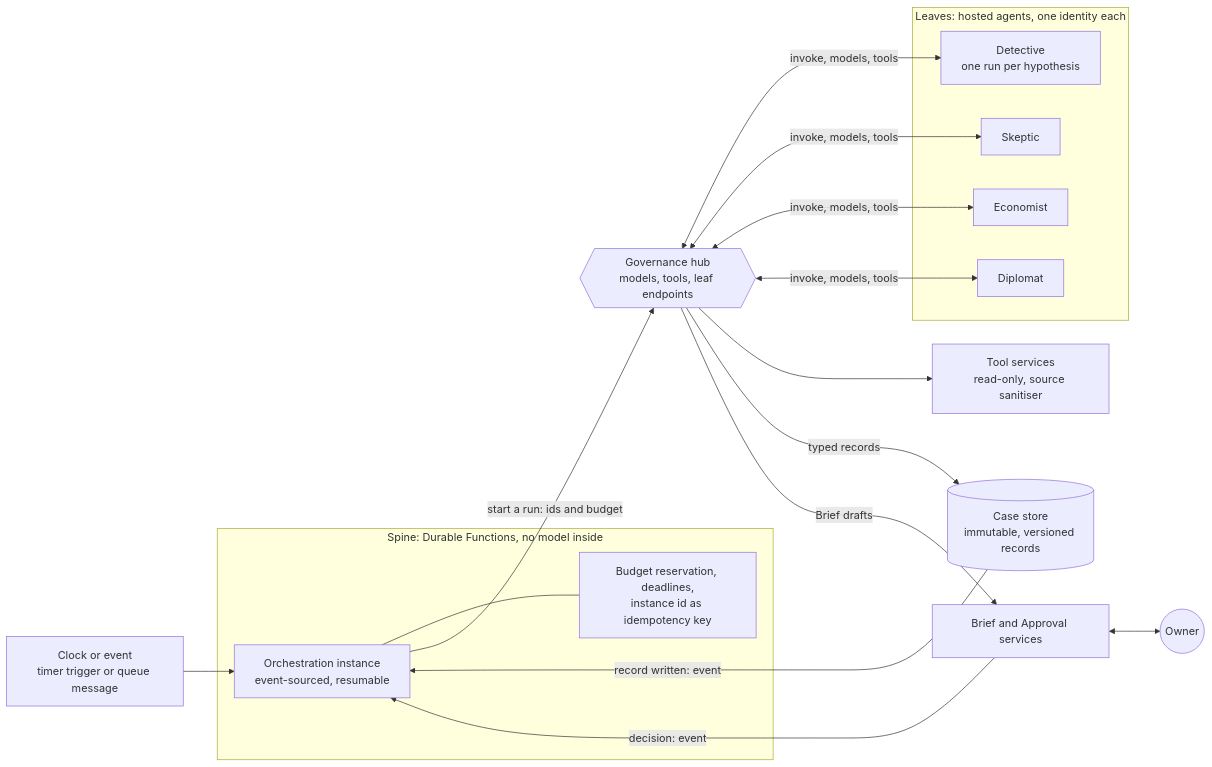
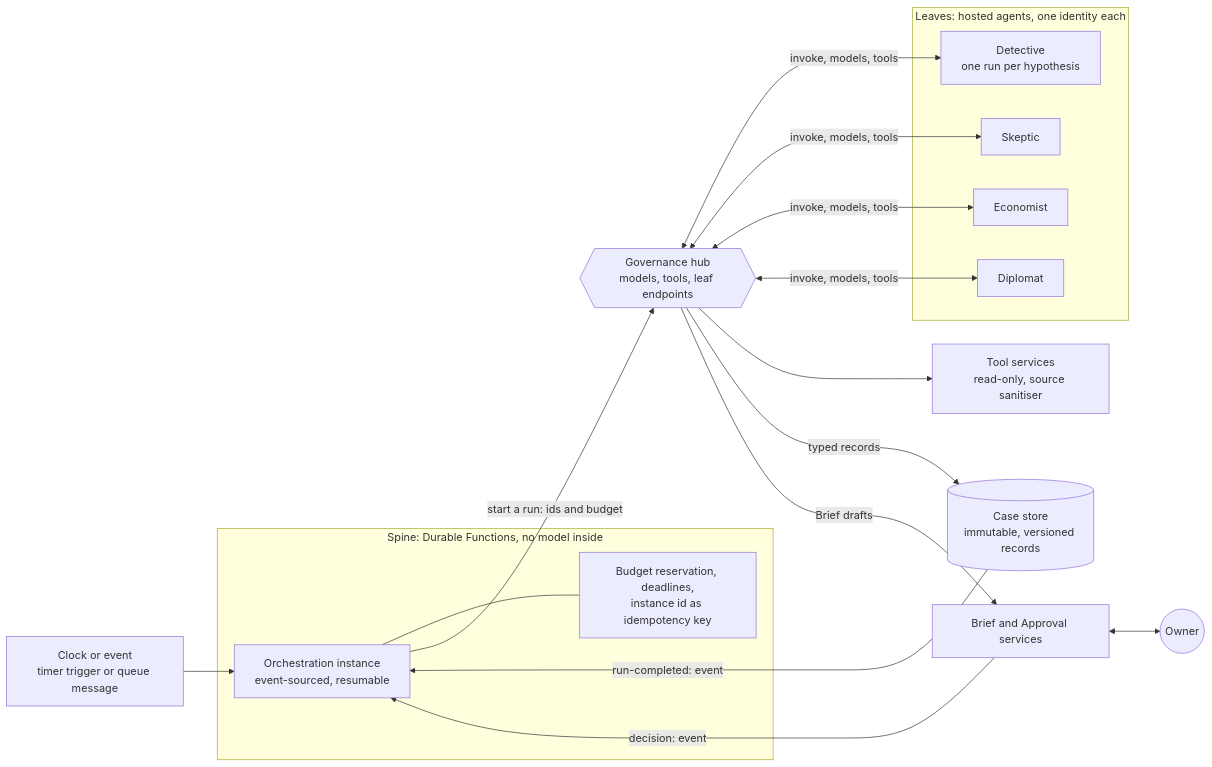
The first of 2 diagrams in docs/design/05-agents-and-orchestration.md (tinodo/meternaut), drawn with Mermaid before and after one commit. The commit also changed other lines of this file and 23 other files, not shown here.

````diff
--- a/docs/design/05-agents-and-orchestration.md
+++ b/docs/design/05-agents-and-orchestration.md
@@ -11,32 +11,32 @@
 ```mermaid
 flowchart LR
     CLK["Clock or event<br/>timer trigger or queue message"]
     subgraph SP["Spine: Durable Functions, no model inside"]
         WF["Orchestration instance<br/>event-sourced, resumable"]
         GD["Budget reservation, deadlines,<br/>instance id as idempotency key"]
     end
     subgraph LV["Leaves: hosted agents, one identity each"]
         L1["Detective<br/>one run per hypothesis"]
         L2["Skeptic"]
         L3["Economist"]
         L4["Diplomat"]
     end
     HUB{{"Governance hub<br/>models, tools, leaf endpoints"}}
     TS["Tool services<br/>read-only, source sanitiser"]
     CASE[("Case store<br/>immutable, versioned records")]
     BRF["Brief and Approval services"]
     OWN(("Owner"))
     CLK --> WF
     WF --- GD
     WF -->|"start a run: ids and budget"| HUB
     HUB <-->|"invoke, models, tools"| L1
     HUB <-->|"invoke, models, tools"| L2
     HUB <-->|"invoke, models, tools"| L3
     HUB <-->|"invoke, models, tools"| L4
     HUB --> TS
     HUB -->|"typed records"| CASE
     HUB -->|"Brief drafts"| BRF
-    CASE -->|"record written: event"| WF
+    CASE -->|"run-completed: event"| WF
     BRF <--> OWN
     BRF -->|"decision: event"| WF
 ```
````
